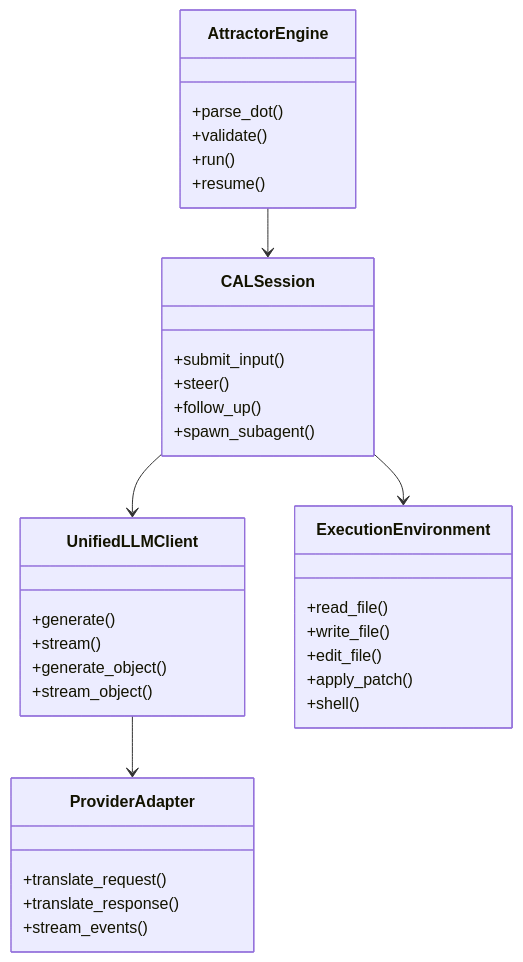
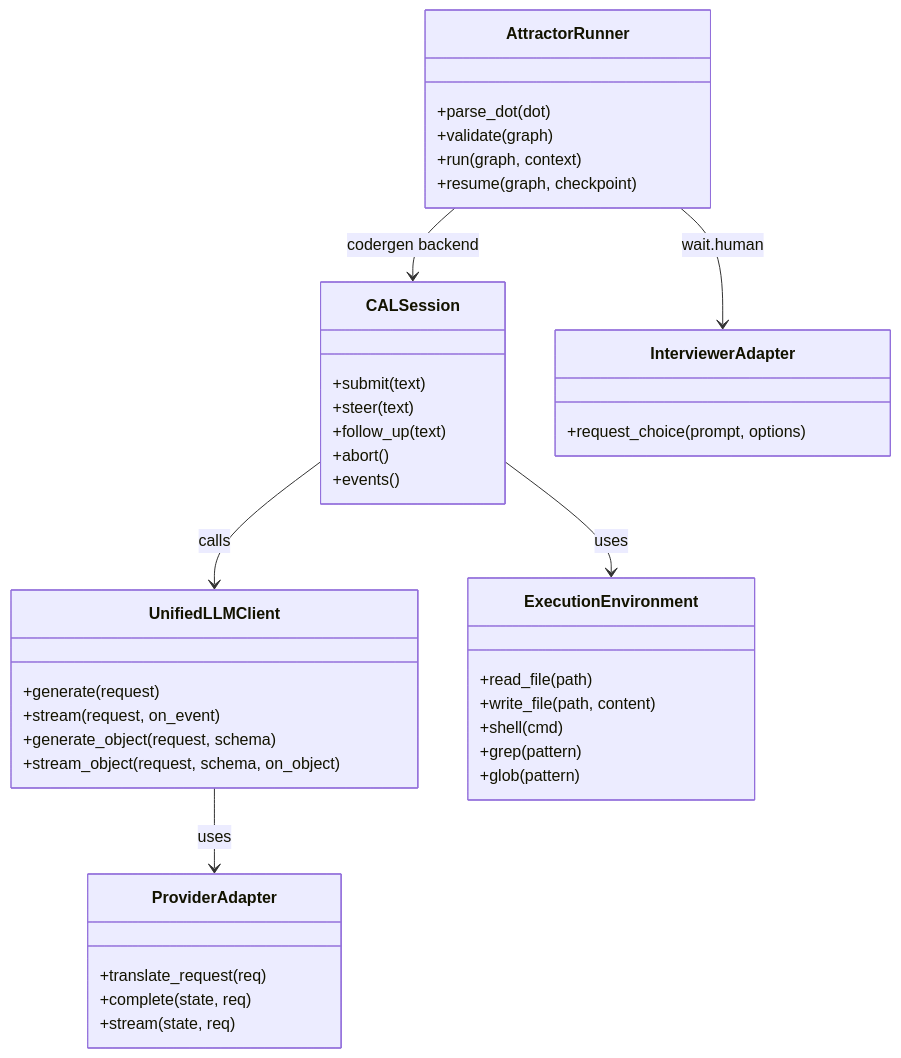
One commit to jaytaylor/attractor-tcl changed the first of 5 diagrams in docs/sprints/SPRINT-003-implementation-plan.md. Above: the diagram before and after it, drawn with Mermaid. The commit also changed other lines of this file, not shown here.

Commit message:
docs: mark sprint 003 implementation plan complete with evidence

````diff
--- a/docs/sprints/SPRINT-003-implementation-plan.md
+++ b/docs/sprints/SPRINT-003-implementation-plan.md
@@ -1637,42 +739,48 @@
 ```mermaid
 classDiagram
   class UnifiedLLMClient {
-    +generate()
-    +stream()
-    +generate_object()
-    +stream_object()
+    +generate(request)
+    +stream(request, on_event)
+    +generate_object(request, schema)
+    +stream_object(request, schema, on_object)
   }
 
   class ProviderAdapter {
-    +translate_request()
-    +translate_response()
-    +stream_events()
+    +translate_request(req)
+    +complete(state, req)
+    +stream(state, req)
   }
 
   class CALSession {
-    +submit_input()
-    +steer()
-    +follow_up()
-    +spawn_subagent()
+    +submit(text)
+    +steer(text)
+    +follow_up(text)
+    +abort()
+    +events()
   }
 
   class ExecutionEnvironment {
-    +read_file()
-    +write_file()
-    +edit_file()
-    +apply_patch()
-    +shell()
+    +read_file(path)
+    +write_file(path, content)
+    +shell(cmd)
+    +grep(pattern)
+    +glob(pattern)
   }
 
-  class AttractorEngine {
-    +parse_dot()
-    +validate()
-    +run()
-    +resume()
+  class AttractorRunner {
+    +parse_dot(dot)
+    +validate(graph)
+    +run(graph, context)
+    +resume(graph, checkpoint)
   }
 
-  UnifiedLLMClient --> ProviderAdapter
-  CALSession --> UnifiedLLMClient
-  CALSession --> ExecutionEnvironment
-  AttractorEngine --> CALSession
+  class InterviewerAdapter {
+    +request_choice(prompt, options)
+  }
+
+  UnifiedLLMClient --> ProviderAdapter : uses
+  CALSession --> UnifiedLLMClient : calls
+  CALSession --> ExecutionEnvironment : uses
+  AttractorRunner --> CALSession : codergen backend
+  AttractorRunner --> InterviewerAdapter : wait.human
 ```
````
